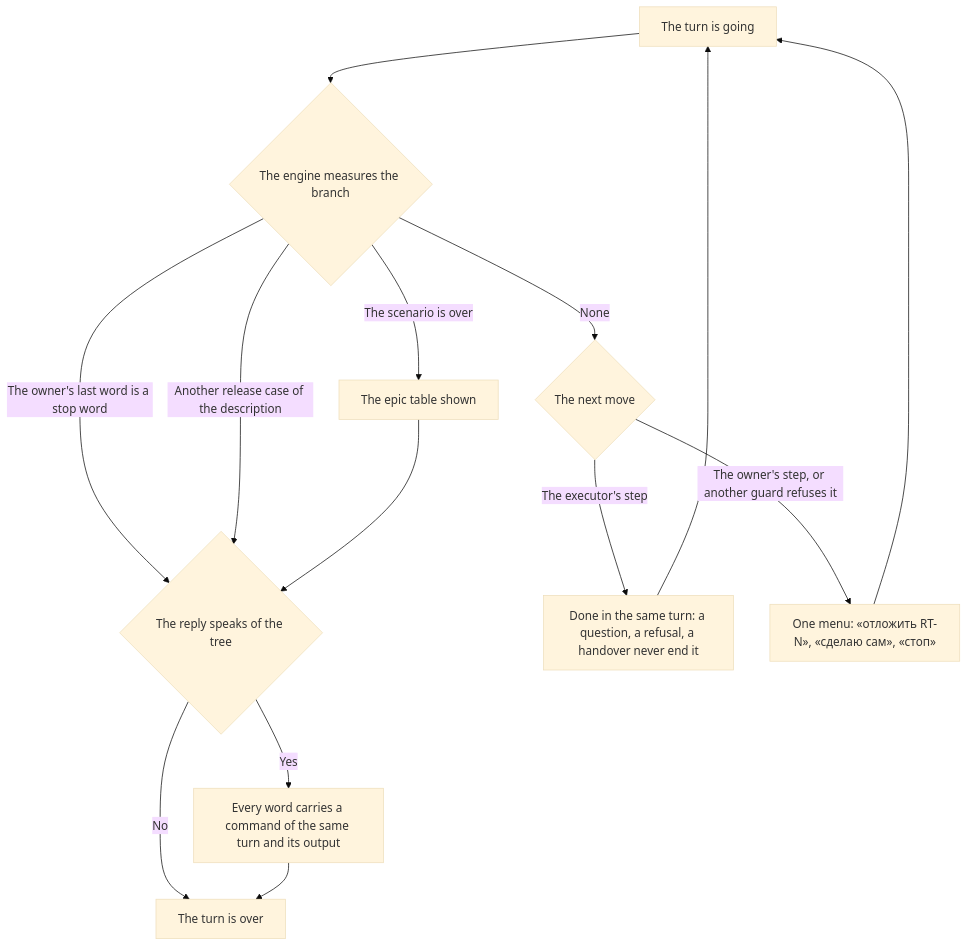
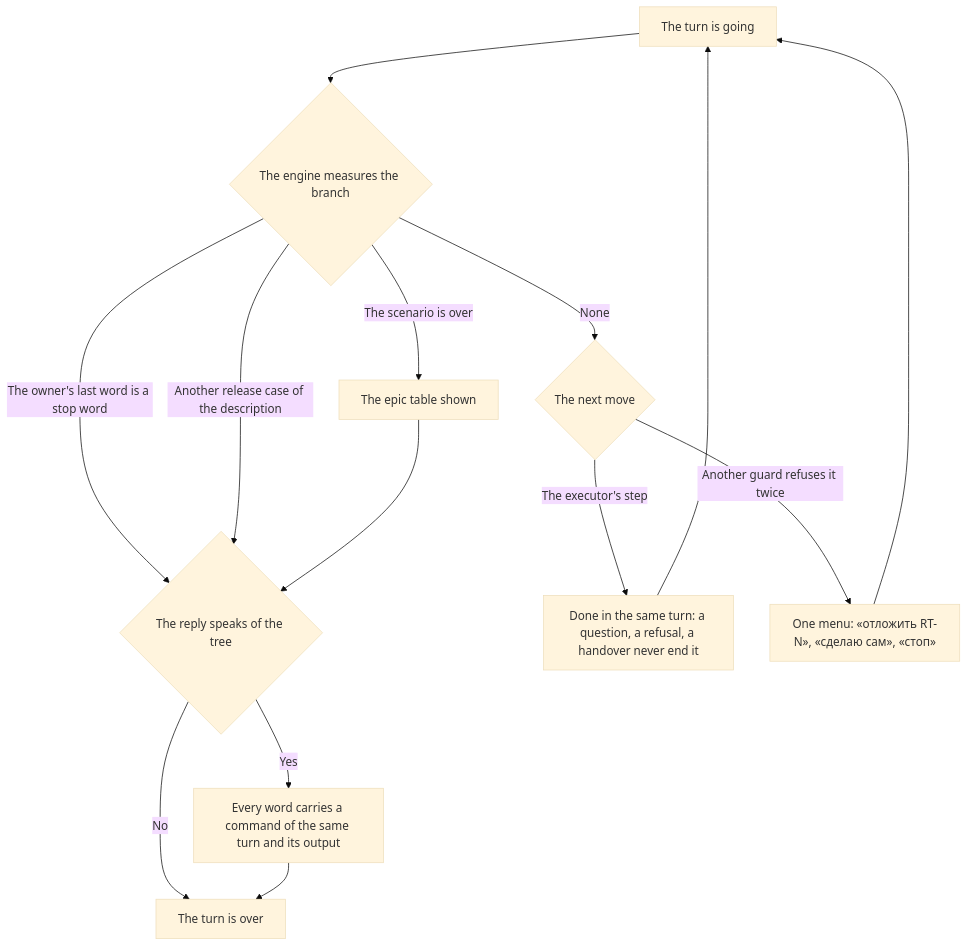
One commit to Eyhenij/rt-tools changed the diagram in .claude/skills/turn-conduct/SKILL.md. Above: the diagram before and after it, drawn with Mermaid (base theme). The commit also changed other lines of this file and 17 other files, not shown here.

````diff
--- a/.claude/skills/turn-conduct/SKILL.md
+++ b/.claude/skills/turn-conduct/SKILL.md
@@ -73,16 +73,16 @@
 ```mermaid
 flowchart TD
     A[The turn is going] --> B{The engine measures the branch}
     B -->|The scenario is over| L[The epic table shown]
     B -->|The owner's last word is a stop word| I
     B -->|Another release case of the description| I
     B -->|None| D{The next move}
     D -->|The executor's step| G[Done in the same turn: a question, a refusal, a handover never end it]
-    D -->|The owner's step, or another guard refuses it| M[One menu: «отложить RT-N», «сделаю сам», «стоп»]
+    D -->|Another guard refuses it twice| M[One menu: «отложить RT-N», «сделаю сам», «стоп»]
     M --> A
     G --> A
     L --> I{The reply speaks of the tree}
     I -->|Yes| J[Every word carries a command of the same turn and its output]
     I -->|No| K[The turn is over]
     J --> K
 ```
````
